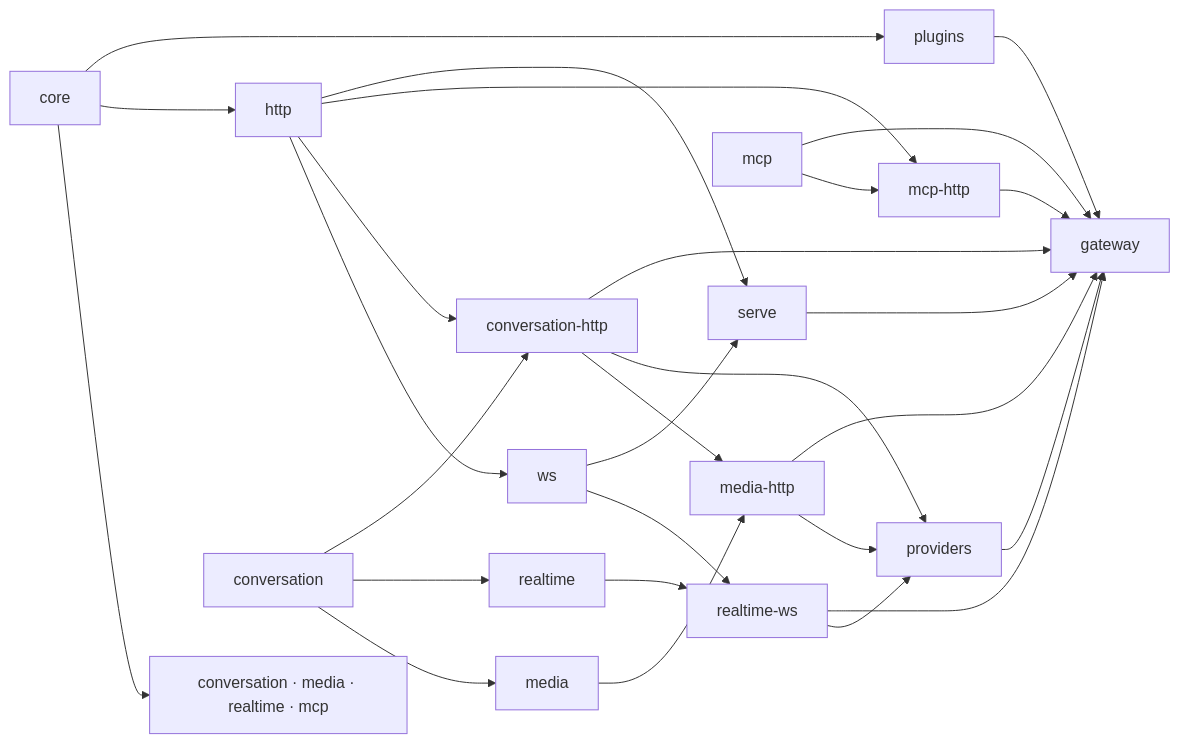
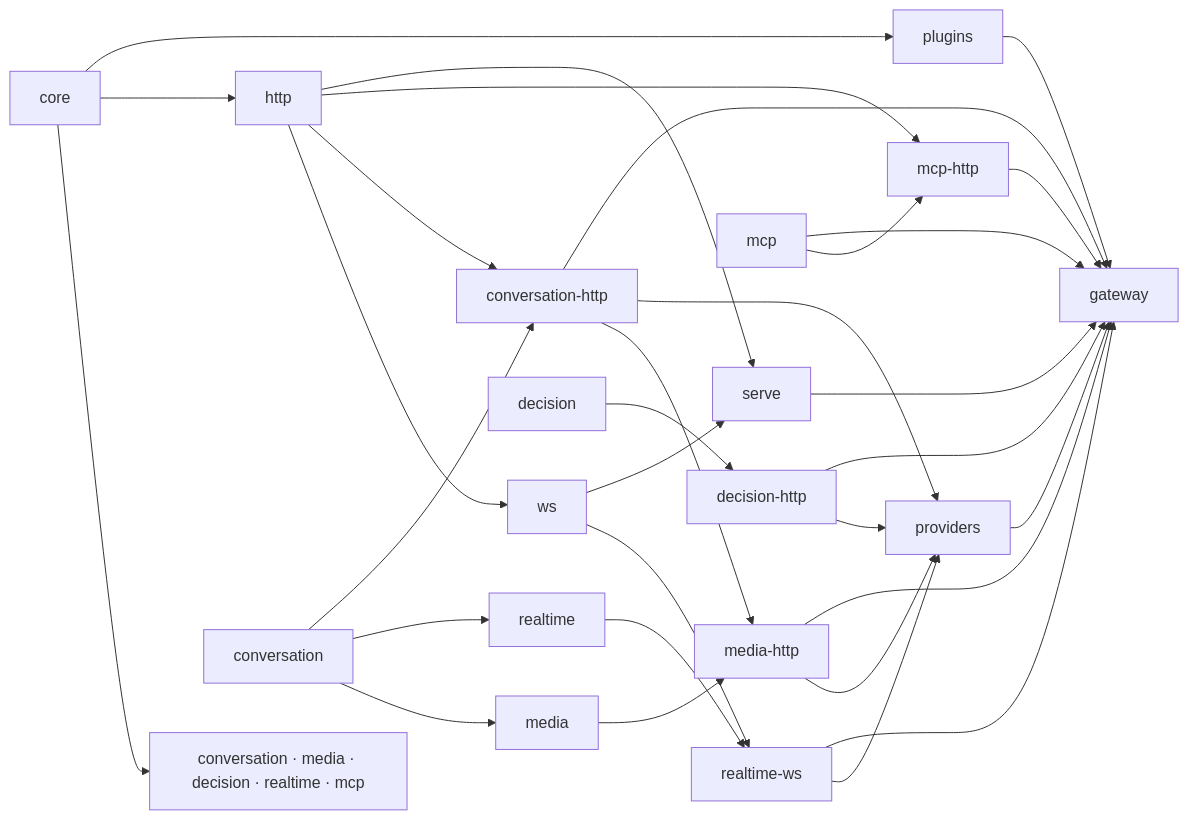
The diagram in docs/ARCHITECTURE.md (Davidson3556/respan-gateway), drawn with Mermaid before and after one commit. The commit also changed other lines of this file and 64 other files, not shown here.

````diff
--- a/docs/ARCHITECTURE.md
+++ b/docs/ARCHITECTURE.md
@@ -78,30 +80,33 @@
 ```mermaid
 flowchart LR
-    core --> kinds["conversation · media · realtime · mcp"]
+    core --> kinds["conversation · media · decision · realtime · mcp"]
     core --> http
     core --> plugins
     conversation --> media
     conversation --> realtime
     http --> ws
     conversation --> conversation-http
     http --> conversation-http
     media --> media-http
     conversation-http --> media-http
+    decision --> decision-http
     realtime --> realtime-ws
     ws --> realtime-ws
     mcp --> mcp-http
     http --> mcp-http
     conversation-http --> providers
     media-http --> providers
+    decision-http --> providers
     realtime-ws --> providers
     http --> serve
     ws --> serve
     providers --> gateway
     plugins --> gateway
     serve --> gateway
     conversation-http --> gateway
     media-http --> gateway
+    decision-http --> gateway
     realtime-ws --> gateway
     mcp --> gateway
     mcp-http --> gateway
 ```
````
